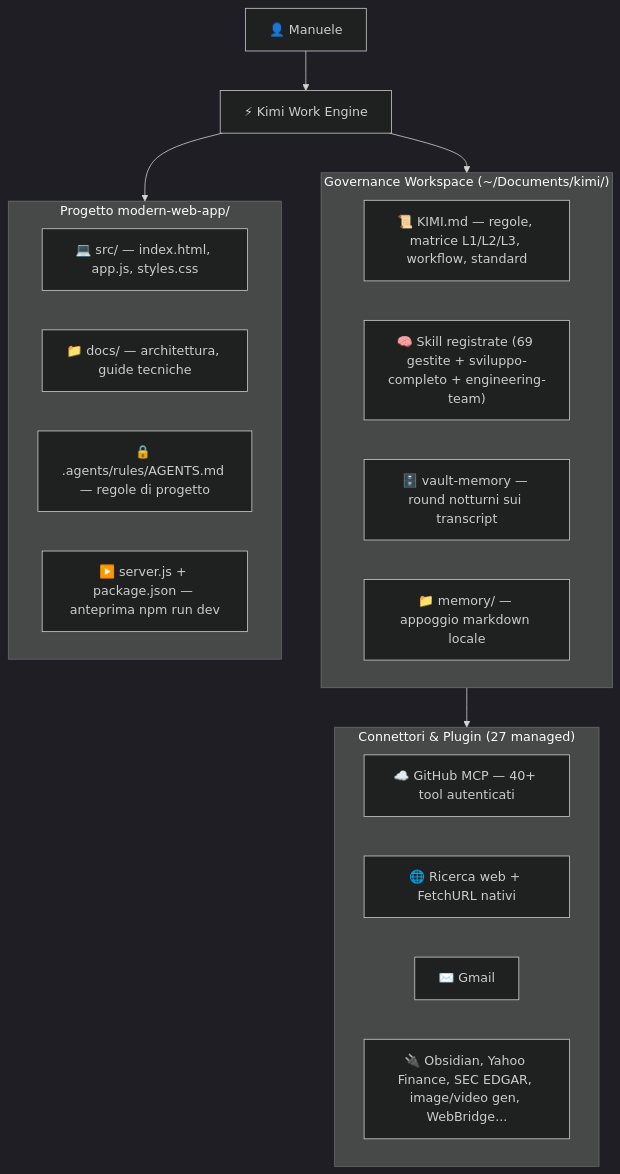
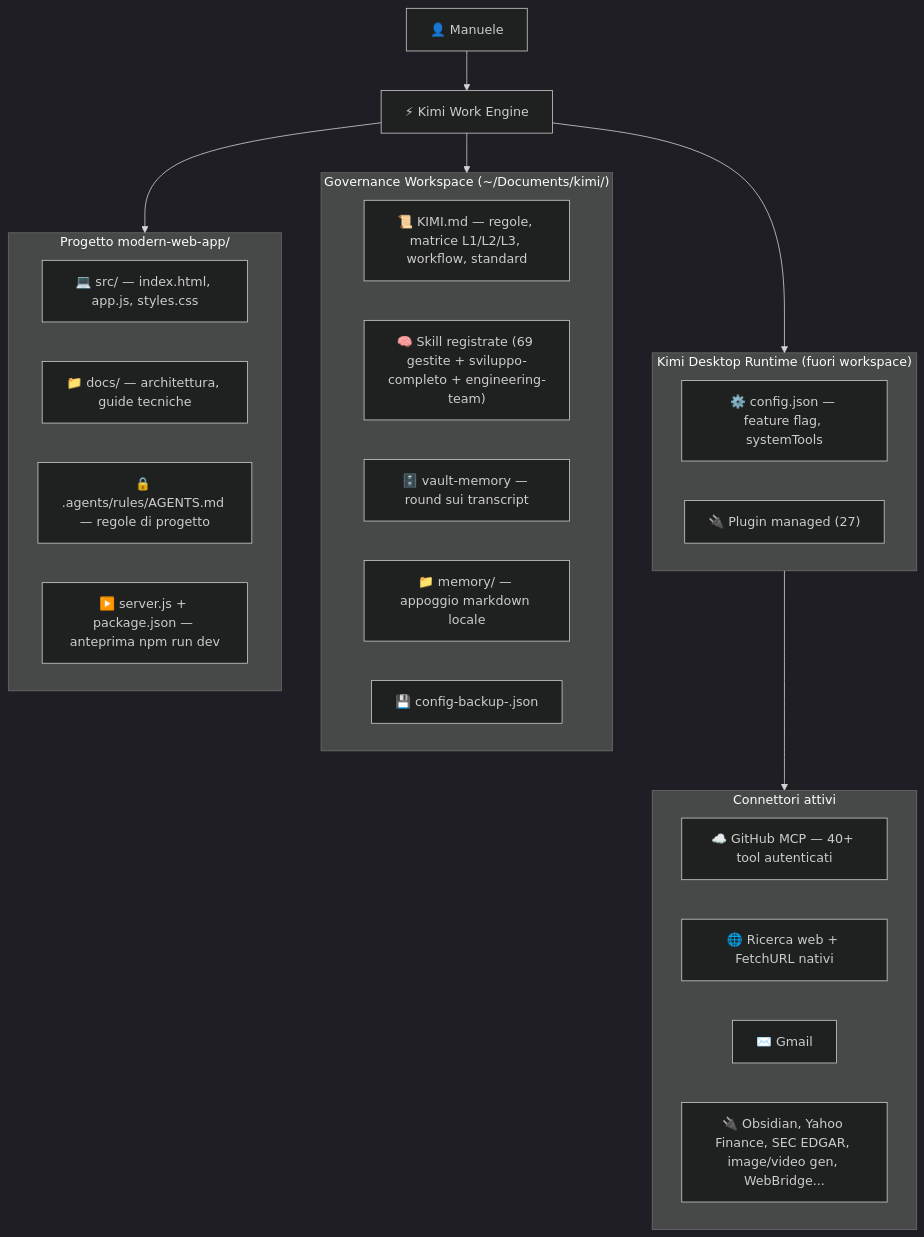
Before and after one commit to tennet/modern-web-app: the first of 2 diagrams in docs/GUIDA_TECNICA-KIMI-WORK.md, drawn with Mermaid (dark theme). The commit also changed other lines of this file, not shown here.

Commit message:
docs: rivalida guida tecnica — diagramma runtime, rollback esteso, trade-off vault-memory

````diff
--- a/docs/GUIDA_TECNICA-KIMI-WORK.md
+++ b/docs/GUIDA_TECNICA-KIMI-WORK.md
@@ -15,29 +15,36 @@
 ```mermaid
 flowchart TD
     User["👤 Manuele"] --> CLI["⚡ Kimi Work Engine"]
 
+    subgraph Runtime ["Kimi Desktop Runtime (fuori workspace)"]
+        Config["⚙️ config.json — feature flag, systemTools"]
+        Plugins["🔌 Plugin managed (27)"]
+    end
+
     subgraph GlobalGovernance ["Governance Workspace (~/Documents/kimi/)"]
         KIMI["📜 KIMI.md — regole, matrice L1/L2/L3, workflow, standard"]
         Skills["🧠 Skill registrate (69 gestite + sviluppo-completo + engineering-team)"]
-        Memory["🗄️ vault-memory — round notturni sui transcript"]
+        Memory["🗄️ vault-memory — round sui transcript"]
         MemDir["📁 memory/ — appoggio markdown locale"]
+        Backup["💾 config-backup-<data>.json"]
     end
 
-    subgraph Connectors ["Connettori & Plugin (27 managed)"]
+    subgraph Connectors ["Connettori attivi"]
         GH["☁️ GitHub MCP — 40+ tool autenticati"]
         WEB["🌐 Ricerca web + FetchURL nativi"]
         Mail["✉️ Gmail"]
         Other["🔌 Obsidian, Yahoo Finance, SEC EDGAR, image/video gen, WebBridge..."]
     end
 
     subgraph Project ["Progetto modern-web-app/"]
         Code["💻 src/ — index.html, app.js, styles.css"]
         Docs["📁 docs/ — architettura, guide tecniche"]
         LocalRules["🔒 .agents/rules/AGENTS.md — regole di progetto"]
         Preview["▶️ server.js + package.json — anteprima npm run dev"]
     end
 
     CLI --> GlobalGovernance
-    GlobalGovernance --> Connectors
+    CLI --> Runtime
+    Runtime --> Connectors
     CLI --> Project
 ```
````
